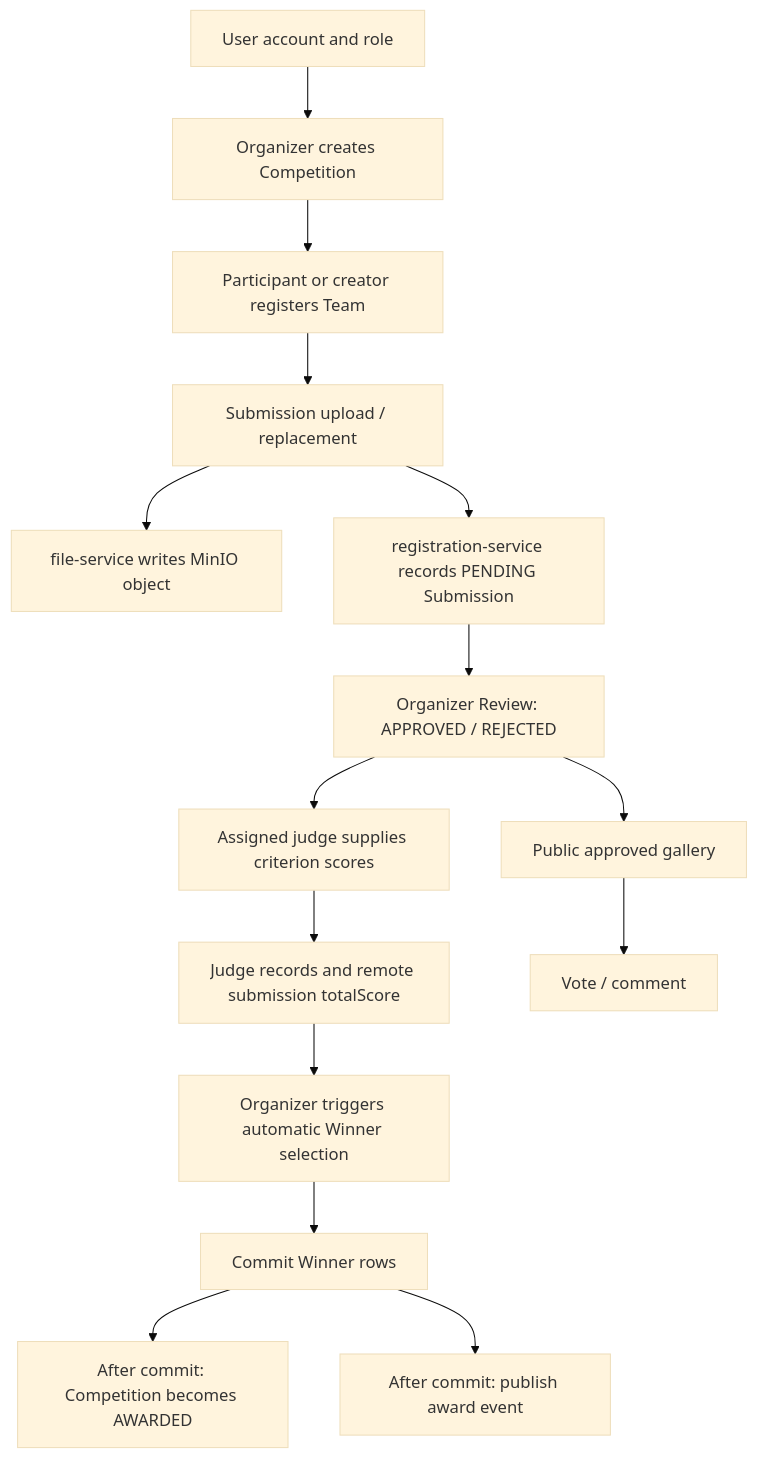
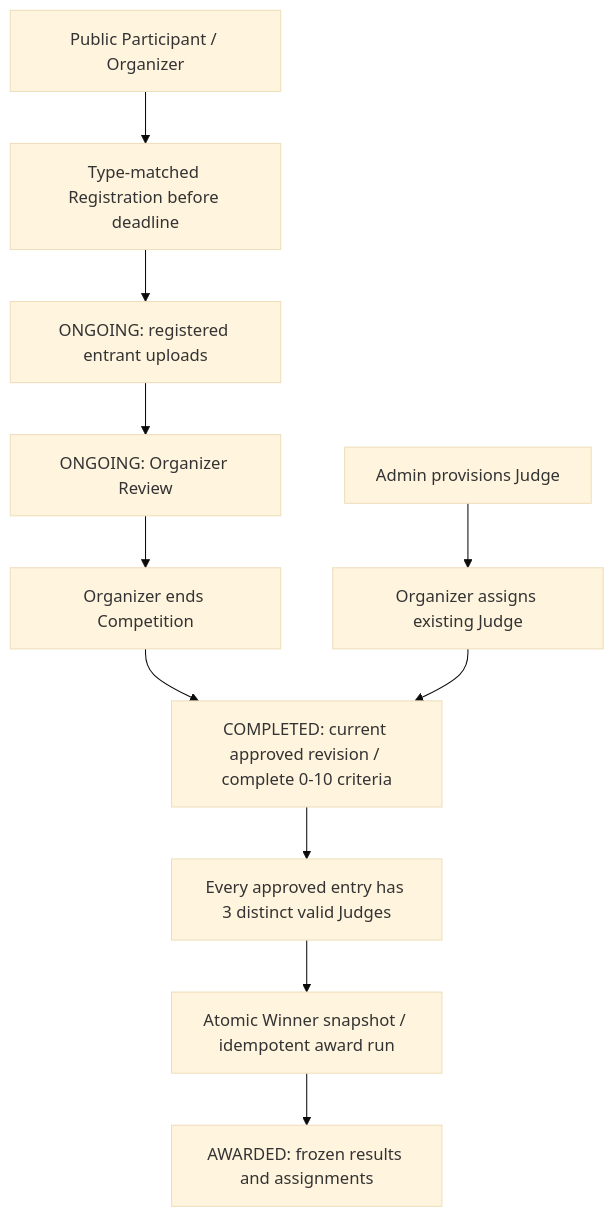
Before and after one commit to ShousenZHANG/project-contest-platform: the second of 2 diagrams in docs/CODEMAPS/architecture.md, drawn with Mermaid (base theme). The commit also changed other lines of this file and 350 other files, not shown here.

First line of the commit message:
feat: harden competition workflows and role-aware experience

````diff
--- a/docs/CODEMAPS/architecture.md
+++ b/docs/CODEMAPS/architecture.md
@@ -64,17 +48,13 @@
 ```mermaid
 flowchart TD
-  Account["User account and role"] --> Competition["Organizer creates Competition"]
-  Competition --> Registration["Participant or creator registers Team"]
-  Registration --> Upload["Submission upload / replacement"]
-  Upload --> Object["file-service writes MinIO object"]
-  Upload --> Submission["registration-service records PENDING Submission"]
-  Submission --> Review["Organizer Review: APPROVED / REJECTED"]
-  Review --> Gallery["Public approved gallery"]
-  Review --> Score["Assigned judge supplies criterion scores"]
-  Score --> Total["Judge records and remote submission totalScore"]
-  Total --> Award["Organizer triggers automatic Winner selection"]
-  Award --> Winners["Commit Winner rows"]
-  Winners --> Status["After commit: Competition becomes AWARDED"]
-  Winners --> Email["After commit: publish award event"]
-  Gallery --> Interaction["Vote / comment"]
+    Signup[Public Participant / Organizer] --> Registration[Type-matched Registration before deadline]
+    Admin[Admin provisions Judge] --> Assignment[Organizer assigns existing Judge]
+    Registration --> Upload[ONGOING: registered entrant uploads]
+    Upload --> Review[ONGOING: Organizer Review]
+    Review --> End[Organizer ends Competition]
+    End --> Score[COMPLETED: current approved revision / complete 0-10 criteria]
+    Assignment --> Score
+    Score --> Eligibility[Every approved entry has 3 distinct valid Judges]
+    Eligibility --> Award[Atomic Winner snapshot / idempotent award run]
+    Award --> Final[AWARDED: frozen results and assignments]
 ```
````
